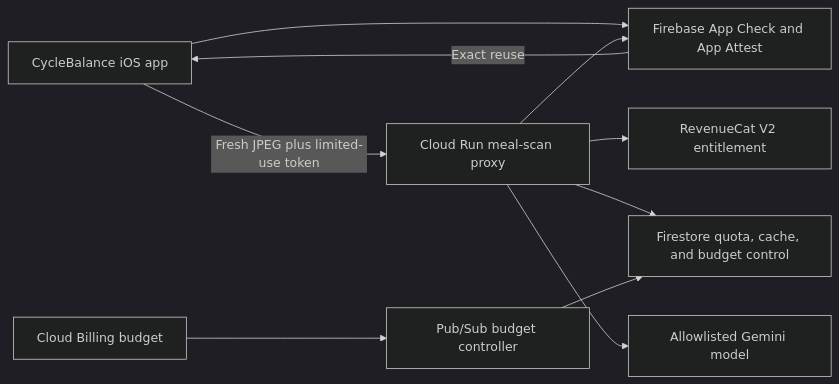
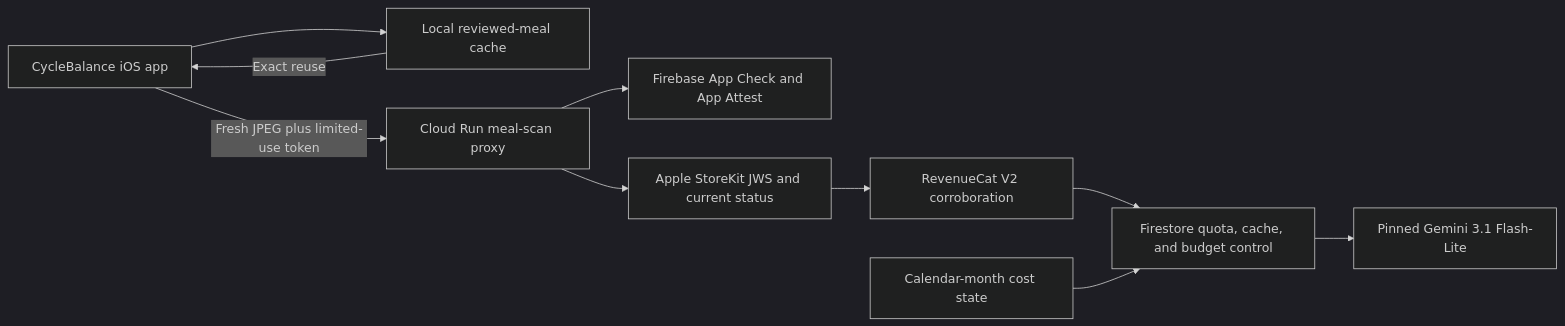
The diagram in docs/meal_scan_flash_lite_production_setup.md (AlexHuggler/PCOS_Management), drawn with Mermaid (dark theme) before and after one commit. The commit also changed other lines of this file and 6 other files, not shown here.

````diff
--- a/docs/meal_scan_flash_lite_production_setup.md
+++ b/docs/meal_scan_flash_lite_production_setup.md
@@ -9,12 +9,12 @@
 ```mermaid
 flowchart LR
-    A["CycleBalance iOS app"] --> C["Local reviewed-meal cache"]
-    C -->|"Exact reuse"| A
+    A["CycleBalance iOS app"] --> L["Local reviewed-meal cache"]
+    L -->|"Exact reuse"| A
     A -->|"Fresh JPEG plus limited-use token"| B["Cloud Run meal-scan proxy"]
     B --> C["Firebase App Check and App Attest"]
-    B --> D["RevenueCat V2 entitlement"]
-    B --> E["Firestore quota, cache, and budget control"]
-    B --> F["Allowlisted Gemini model"]
-    G["Cloud Billing budget"] --> H["Pub/Sub budget controller"]
-    H --> E
+    B --> D["Apple StoreKit JWS and current status"]
+    D --> E["RevenueCat V2 corroboration"]
+    E --> F["Firestore quota, cache, and budget control"]
+    F --> G["Pinned Gemini 3.1 Flash-Lite"]
+    H["Calendar-month cost state"] --> F
 ```
````
